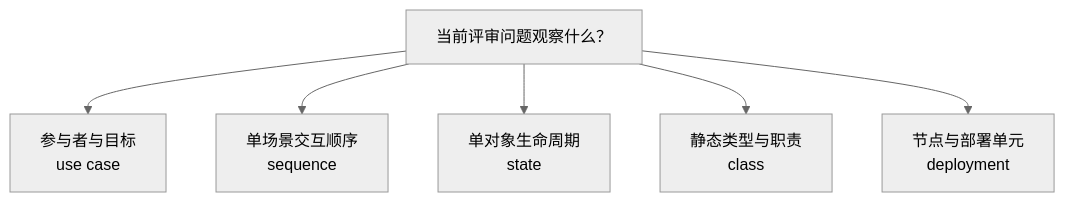
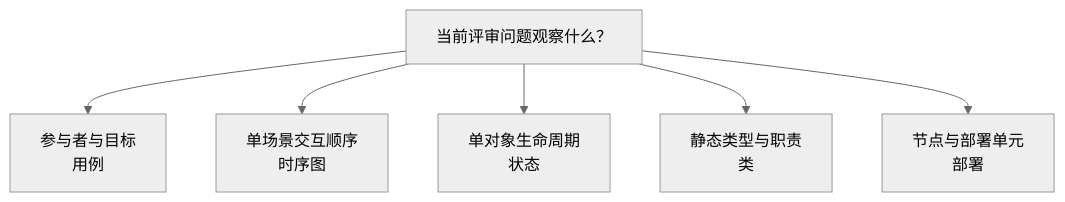
Before and after one commit to sealday/tego-arch: the diagram in content/modeling/mod-07-uml-diagram-selection-guide.mdx, drawn with Mermaid (neutral theme). The commit also changed other lines of this file and 68 other files, not shown here.

Commit message:
refactor(content): standardize architecture terminology

````diff
--- a/content/modeling/mod-07-uml-diagram-selection-guide.mdx
+++ b/content/modeling/mod-07-uml-diagram-selection-guide.mdx
@@ -73,14 +74,14 @@
 ```mermaid
 flowchart TD
   Q["当前评审问题观察什么？"]
-  U["参与者与目标<br/>use case"]
-  S["单场景交互顺序<br/>sequence"]
-  T["单对象生命周期<br/>state"]
-  C["静态类型与职责<br/>class"]
-  D["节点与部署单元<br/>deployment"]
+  U["参与者与目标<br/>用例"]
+  S["单场景交互顺序<br/>时序图"]
+  T["单对象生命周期<br/>状态"]
+  C["静态类型与职责<br/>类"]
+  D["节点与部署单元<br/>部署"]
   Q --> U
   Q --> S
   Q --> T
   Q --> C
   Q --> D
 ```
````
